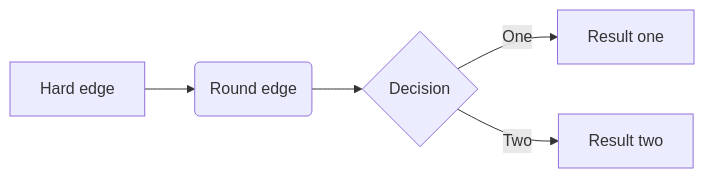
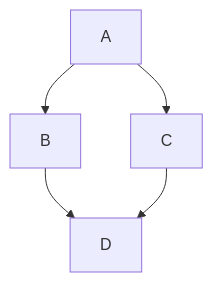
Before and after one commit to coco875/f3dex: the diagram in README.md, drawn with Mermaid. The commit also changed 1 other file, not shown here.

Commit message:
second attempt graph

````diff
--- a/README.md
+++ b/README.md
@@ -5,7 +5,7 @@
 ```mermaid
-graph LR
-A[Hard edge] -->B(Round edge)
-    B --> C{Decision}
-    C -->|One| D[Result one]
-    C -->|Two| E[Result two]
+  graph TD;
+      A-->B;
+      A-->C;
+      B-->D;
+      C-->D;
 ```
````
